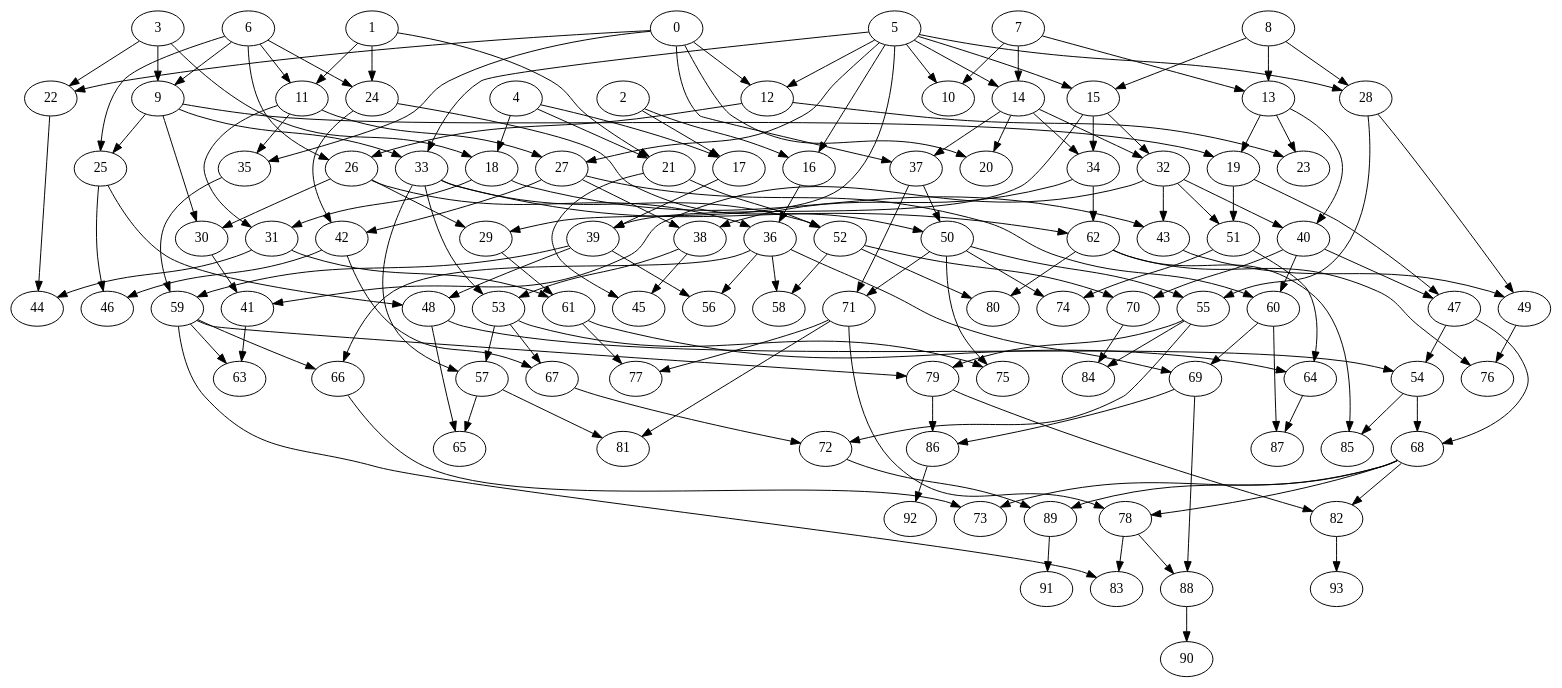
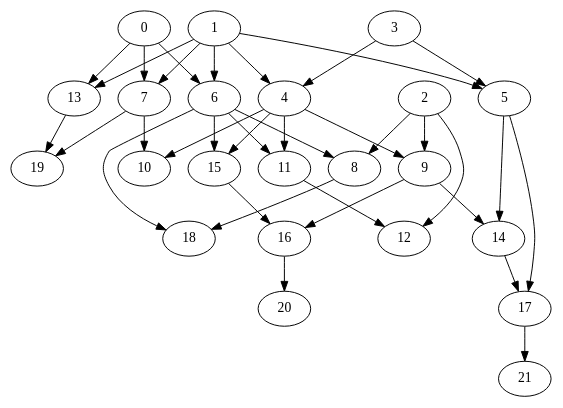
Before and after one commit to Ajax12345/protestGP: the diagram in test.dot, drawn with Graphviz. The commit also changed 1 other file, not shown here.

```diff
--- a/test.dot
+++ b/test.dot
@@ -1,262 +1,58 @@
 strict digraph "" {
 	0	[layer=1];
-	12	[layer=2];
-	0 -> 12;
-	22	[layer=2];
-	0 -> 22;
-	20	[layer=3];
-	0 -> 20;
-	35	[layer=3];
-	0 -> 35;
-	37	[layer=3];
-	0 -> 37;
+	6	[layer=2];
+	0 -> 6;
+	7	[layer=2];
+	0 -> 7;
+	13	[layer=2];
+	0 -> 13;
 	1	[layer=1];
-	11	[layer=2];
-	1 -> 11;
-	21	[layer=2];
-	1 -> 21;
-	24	[layer=2];
-	1 -> 24;
+	4	[layer=2];
+	1 -> 4;
+	5	[layer=2];
+	1 -> 5;
+	1 -> 6;
+	1 -> 7;
+	1 -> 13;
 	2	[layer=1];
-	16	[layer=2];
-	2 -> 16;
-	17	[layer=2];
-	2 -> 17;
+	8	[layer=3];
+	2 -> 8;
+	9	[layer=3];
+	2 -> 9;
+	12	[layer=4];
+	2 -> 12;
 	3	[layer=1];
-	9	[layer=2];
-	3 -> 9;
-	18	[layer=2];
-	3 -> 18;
-	3 -> 22;
-	4	[layer=1];
-	4 -> 17;
-	4 -> 18;
-	4 -> 21;
-	5	[layer=1];
-	10	[layer=2];
-	5 -> 10;
-	5 -> 12;
-	14	[layer=2];
+	3 -> 4;
+	3 -> 5;
+	4 -> 9;
+	10	[layer=3];
+	4 -> 10;
+	11	[layer=3];
+	4 -> 11;
+	15	[layer=3];
+	4 -> 15;
+	14	[layer=4];
 	5 -> 14;
-	15	[layer=2];
-	5 -> 15;
-	5 -> 16;
-	28	[layer=2];
-	5 -> 28;
-	27	[layer=3];
-	5 -> 27;
-	33	[layer=3];
-	5 -> 33;
-	29	[layer=4];
-	5 -> 29;
-	6	[layer=1];
-	6 -> 9;
+	17	[layer=5];
+	5 -> 17;
+	6 -> 8;
 	6 -> 11;
-	6 -> 24;
-	25	[layer=3];
-	6 -> 25;
-	26	[layer=3];
-	6 -> 26;
-	7	[layer=1];
+	6 -> 15;
+	18	[layer=4];
+	6 -> 18;
 	7 -> 10;
-	13	[layer=2];
-	7 -> 13;
-	7 -> 14;
-	8	[layer=1];
-	8 -> 13;
-	8 -> 15;
-	8 -> 28;
 	19	[layer=3];
-	9 -> 19;
-	9 -> 25;
-	9 -> 33;
-	30	[layer=4];
-	9 -> 30;
-	11 -> 27;
-	31	[layer=3];
-	11 -> 31;
-	11 -> 35;
-	23	[layer=3];
-	12 -> 23;
-	12 -> 26;
+	7 -> 19;
 	13 -> 19;
-	13 -> 23;
-	40	[layer=4];
-	13 -> 40;
-	14 -> 20;
-	32	[layer=3];
-	14 -> 32;
-	34	[layer=3];
-	14 -> 34;
-	14 -> 37;
-	15 -> 32;
-	15 -> 34;
-	39	[layer=3];
-	15 -> 39;
-	36	[layer=4];
-	16 -> 36;
-	17 -> 39;
-	18 -> 31;
-	43	[layer=4];
-	18 -> 43;
-	52	[layer=4];
-	21 -> 52;
-	45	[layer=5];
-	21 -> 45;
-	44	[layer=4];
-	22 -> 44;
-	42	[layer=4];
-	24 -> 42;
-	50	[layer=4];
-	24 -> 50;
-	49	[layer=5];
-	28 -> 49;
-	55	[layer=5];
-	28 -> 55;
-	51	[layer=4];
-	19 -> 51;
-	47	[layer=5];
-	19 -> 47;
-	48	[layer=4];
-	25 -> 48;
-	46	[layer=5];
-	25 -> 46;
-	26 -> 29;
-	26 -> 30;
-	26 -> 36;
-	38	[layer=4];
-	27 -> 38;
-	27 -> 42;
-	60	[layer=5];
-	27 -> 60;
-	31 -> 44;
-	61	[layer=5];
-	31 -> 61;
-	32 -> 40;
-	32 -> 43;
-	32 -> 51;
-	41	[layer=5];
-	32 -> 41;
-	33 -> 52;
-	62	[layer=4];
-	33 -> 62;
-	53	[layer=5];
-	33 -> 53;
-	57	[layer=6];
-	33 -> 57;
-	34 -> 38;
-	34 -> 62;
-	59	[layer=4];
-	35 -> 59;
-	37 -> 50;
-	71	[layer=5];
-	37 -> 71;
-	39 -> 48;
-	39 -> 59;
-	56	[layer=5];
-	39 -> 56;
-	29 -> 61;
-	30 -> 41;
-	36 -> 56;
-	58	[layer=5];
-	36 -> 58;
-	66	[layer=5];
-	36 -> 66;
-	69	[layer=6];
-	36 -> 69;
-	38 -> 45;
-	38 -> 53;
-	40 -> 47;
-	40 -> 60;
-	70	[layer=5];
-	40 -> 70;
-	42 -> 46;
-	67	[layer=6];
-	42 -> 67;
-	43 -> 49;
-	54	[layer=6];
-	48 -> 54;
-	65	[layer=7];
-	48 -> 65;
-	50 -> 55;
-	50 -> 71;
-	74	[layer=5];
-	50 -> 74;
-	75	[layer=6];
-	50 -> 75;
-	51 -> 74;
-	64	[layer=6];
-	51 -> 64;
-	52 -> 58;
-	52 -> 70;
-	80	[layer=5];
-	52 -> 80;
-	59 -> 66;
-	63	[layer=6];
-	59 -> 63;
-	79	[layer=6];
-	59 -> 79;
-	83	[layer=9];
-	59 -> 83;
-	62 -> 80;
-	76	[layer=6];
-	62 -> 76;
-	85	[layer=7];
-	62 -> 85;
-	41 -> 63;
-	47 -> 54;
-	68	[layer=7];
-	47 -> 68;
-	49 -> 76;
-	53 -> 57;
-	53 -> 67;
-	53 -> 75;
-	55 -> 79;
-	84	[layer=6];
-	55 -> 84;
-	72	[layer=7];
-	55 -> 72;
-	60 -> 69;
-	87	[layer=7];
-	60 -> 87;
-	61 -> 64;
-	77	[layer=6];
-	61 -> 77;
-	73	[layer=8];
-	66 -> 73;
-	70 -> 84;
-	71 -> 77;
-	81	[layer=7];
-	71 -> 81;
-	78	[layer=8];
-	71 -> 78;
-	54 -> 68;
-	54 -> 85;
-	57 -> 65;
-	57 -> 81;
-	64 -> 87;
-	67 -> 72;
-	86	[layer=7];
-	69 -> 86;
-	88	[layer=9];
-	69 -> 88;
-	79 -> 86;
-	82	[layer=8];
-	79 -> 82;
-	68 -> 73;
-	68 -> 78;
-	68 -> 82;
-	89	[layer=8];
-	68 -> 89;
-	72 -> 89;
-	92	[layer=10];
-	86 -> 92;
-	78 -> 83;
-	78 -> 88;
-	93	[layer=10];
-	82 -> 93;
-	91	[layer=10];
-	89 -> 91;
-	90	[layer=10];
-	88 -> 90;
+	8 -> 18;
+	9 -> 14;
+	16	[layer=4];
+	9 -> 16;
+	11 -> 12;
+	15 -> 16;
+	14 -> 17;
+	20	[layer=6];
+	16 -> 20;
+	21	[layer=6];
+	17 -> 21;
 }
```
